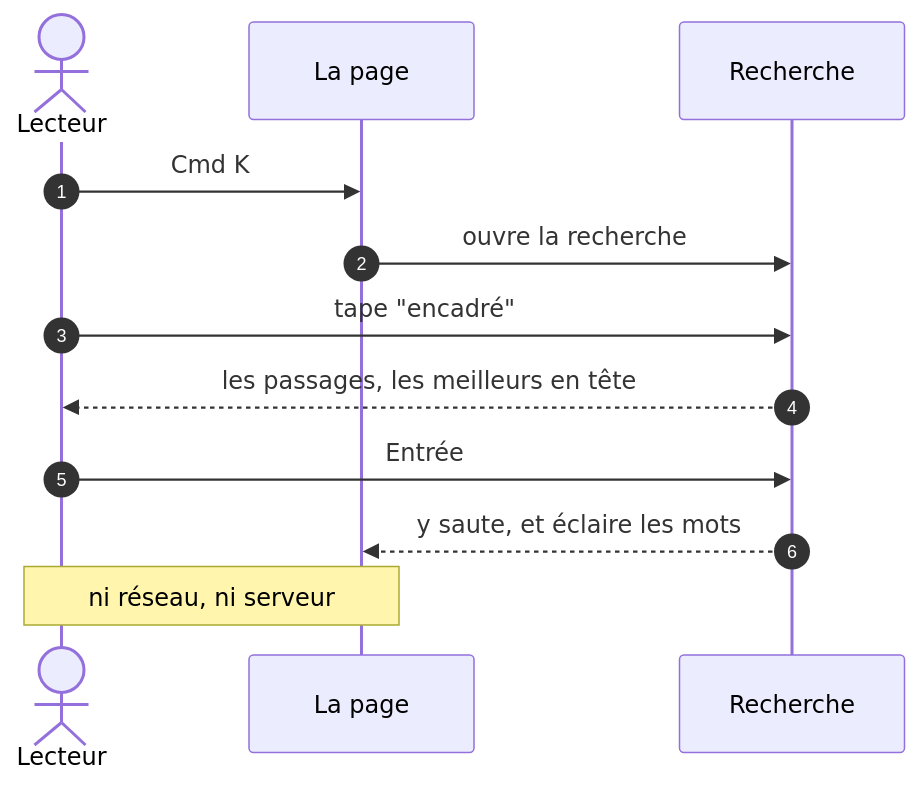
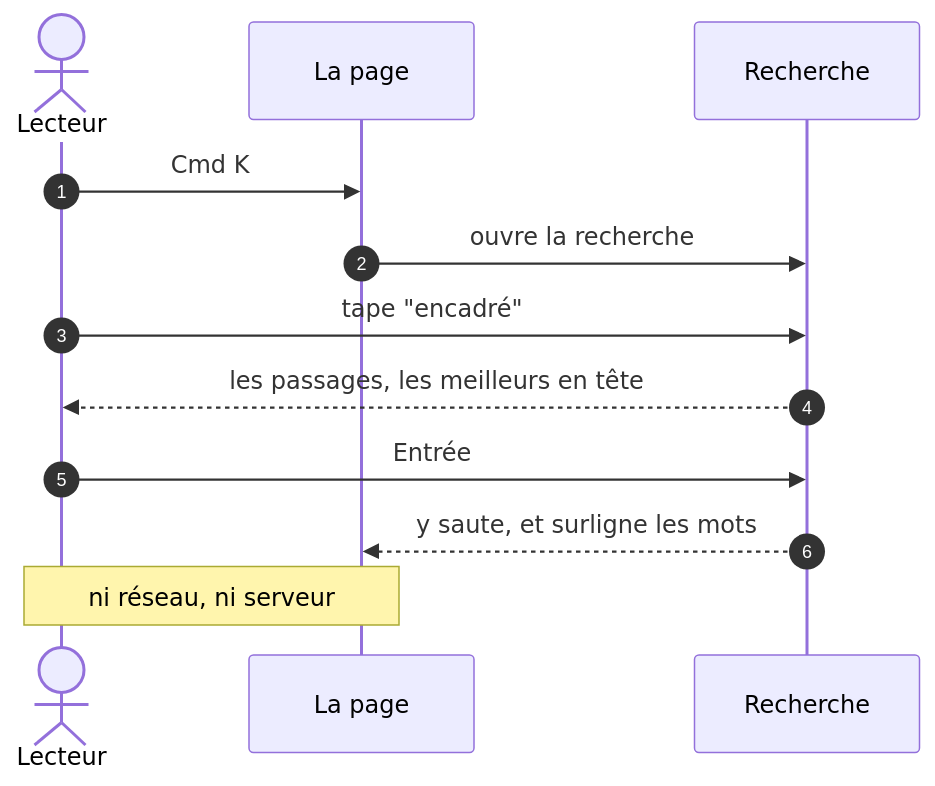
Before and after one commit to githubrobbi/md2html: the second of 3 diagrams in docs/capabilities.fr.md, drawn with Mermaid. The commit also changed other lines of this file and 34 other files, not shown here.

````diff
--- a/docs/capabilities.fr.md
+++ b/docs/capabilities.fr.md
@@ -282,14 +282,14 @@
 ```mermaid
 sequenceDiagram
   autonumber
   actor R as Lecteur
   participant P as La page
   participant S as Recherche
   R->>P: Cmd K
   P->>S: ouvre la recherche
   R->>S: tape "encadré"
   S-->>R: les passages, les meilleurs en tête
   R->>S: Entrée
-  S-->>P: y saute, et éclaire les mots
+  S-->>P: y saute, et surligne les mots
   Note over R,P: ni réseau, ni serveur
 ```
````
